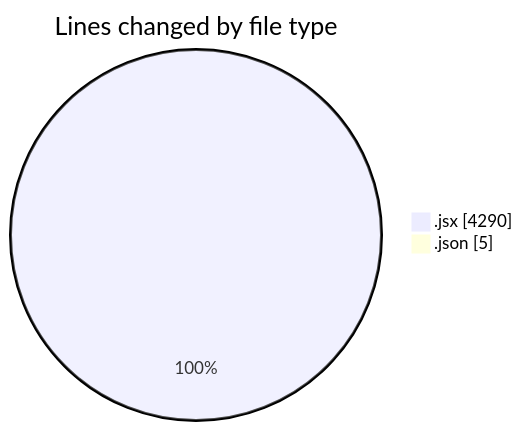
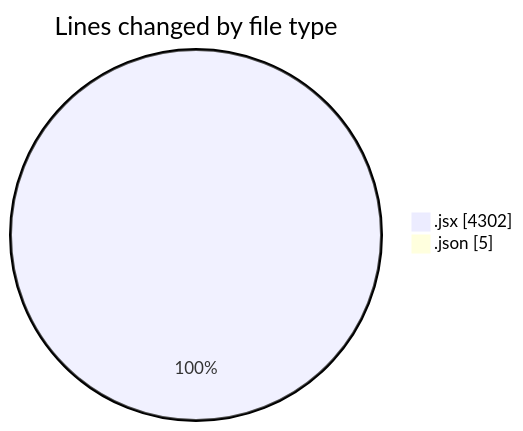
One commit to nxtqubesakshisongat/code-tracking changed the first of 2 diagrams in 2025-11-18/nxtqube_webapp/README.md. Above: the diagram before and after it, drawn with Mermaid. The commit also changed other lines of this file and 1 other file, not shown here.

````diff
--- a/2025-11-18/nxtqube_webapp/README.md
+++ b/2025-11-18/nxtqube_webapp/README.md
@@ -25,6 +25,6 @@
 ```mermaid
 pie showData
 title Lines changed by file type
-".jsx" : 4290
+".jsx" : 4302
 ".json" : 5
 ```
````
